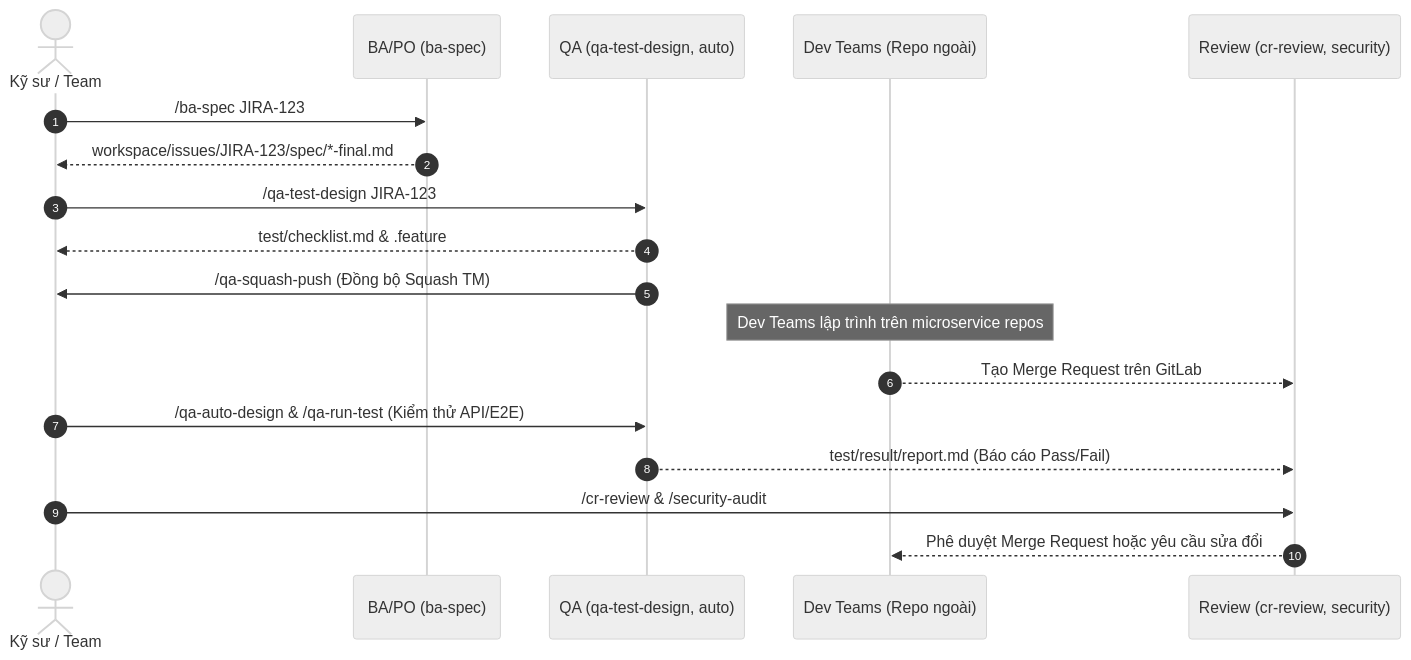
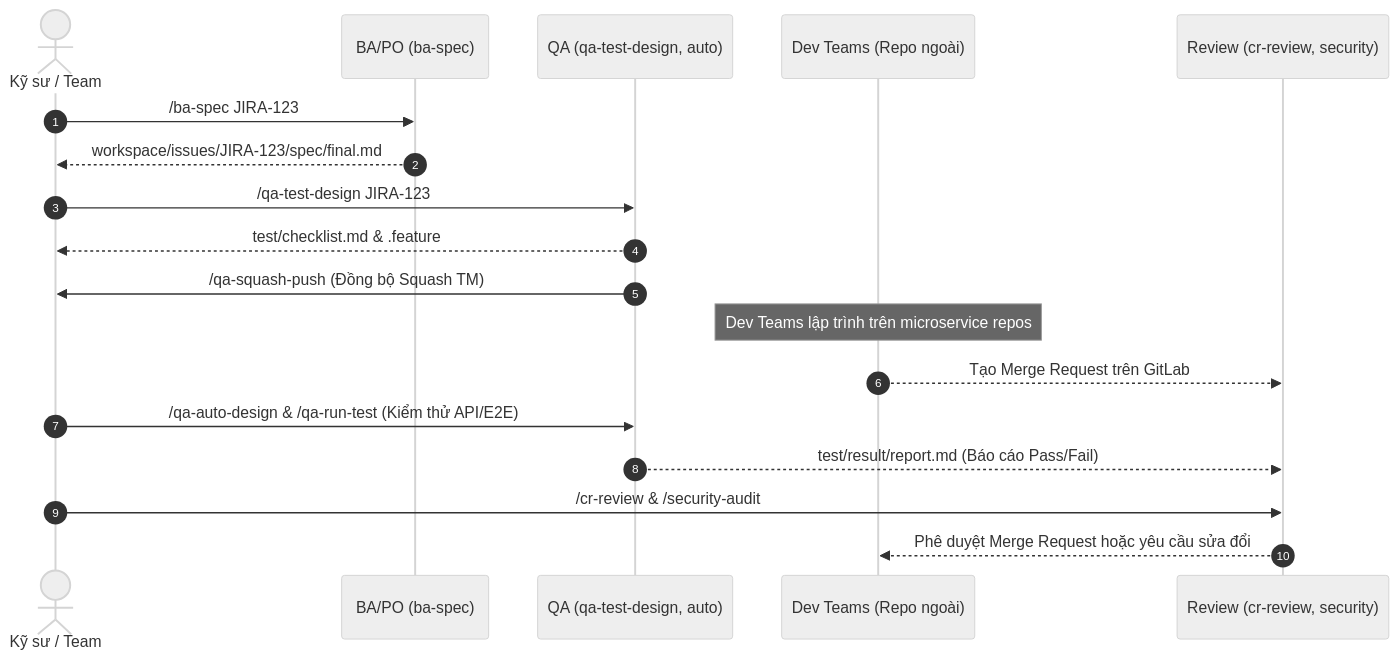
Before and after one commit to quangnt2697/Agent-skills: the second of 2 diagrams in LEARNING-ROADMAP.md, drawn with Mermaid (neutral theme). The commit also changed other lines of this file and 117 other files, not shown here.

````diff
--- a/LEARNING-ROADMAP.md
+++ b/LEARNING-ROADMAP.md
@@ -81,25 +81,25 @@
 ```mermaid
 sequenceDiagram
     autonumber
     actor User as Kỹ sư / Team
     participant BA as BA/PO (ba-spec)
     participant QA as QA (qa-test-design, auto)
     participant DEV as Dev Teams (Repo ngoài)
     participant CR as Review (cr-review, security)
 
     User->>BA: /ba-spec JIRA-123
-    BA-->>User: workspace/issues/JIRA-123/spec/*-final.md
+    BA-->>User: workspace/issues/JIRA-123/spec/final.md
     
     User->>QA: /qa-test-design JIRA-123
     QA-->>User: test/checklist.md & .feature
     QA->>User: /qa-squash-push (Đồng bộ Squash TM)
 
     Note over DEV: Dev Teams lập trình trên microservice repos
     DEV-->>CR: Tạo Merge Request trên GitLab
 
     User->>QA: /qa-auto-design & /qa-run-test (Kiểm thử API/E2E)
     QA-->>CR: test/result/report.md (Báo cáo Pass/Fail)
 
     User->>CR: /cr-review & /security-audit
     CR-->>DEV: Phê duyệt Merge Request hoặc yêu cầu sửa đổi
 ```
````
